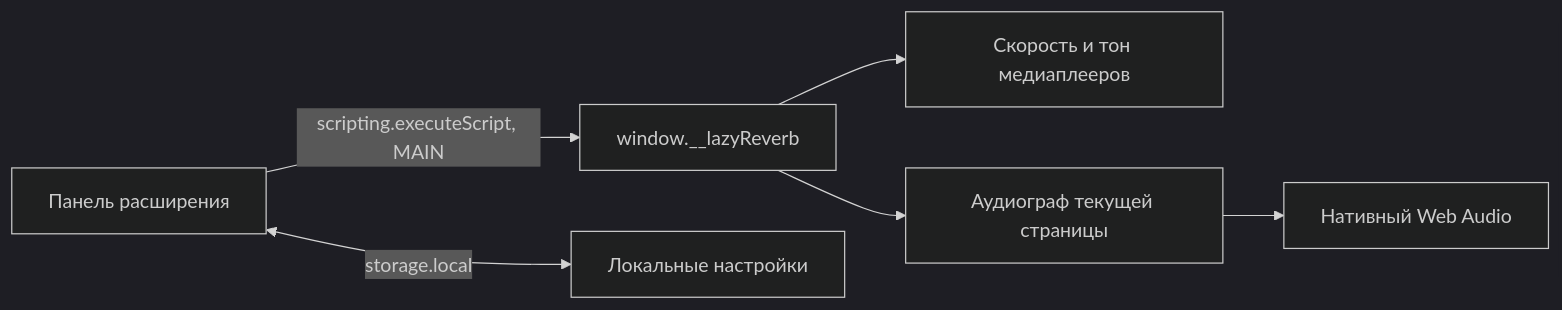
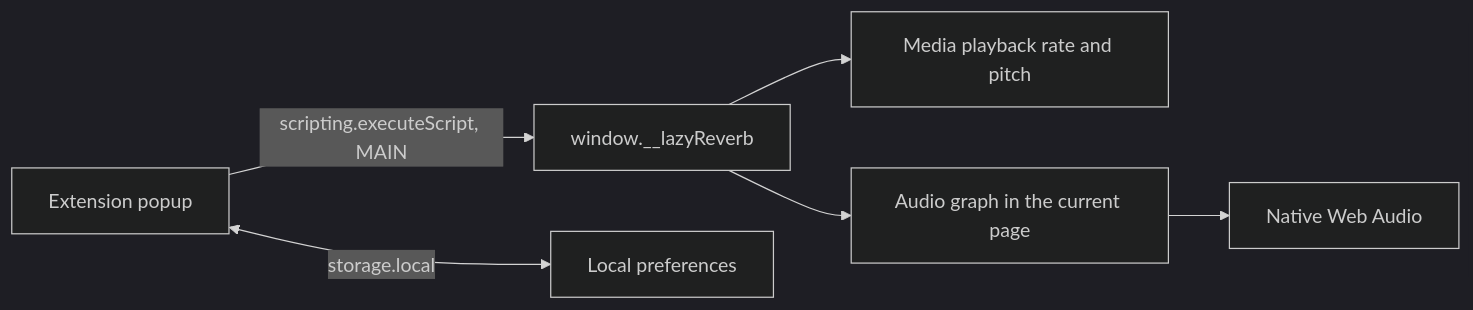
The first of 2 diagrams in ARCHITECTURE.md (notsecret808/lazy-reverb), drawn with Mermaid (dark theme) before and after one commit. The commit also changed other lines of this file and 31 other files, not shown here.

````diff
--- a/ARCHITECTURE.md
+++ b/ARCHITECTURE.md
@@ -5,8 +5,8 @@
 ```mermaid
 flowchart LR
-  UI[Панель расширения] -->|scripting.executeScript, MAIN| API[window.__lazyReverb]
-  UI <-->|storage.local| Preferences[Локальные настройки]
-  API --> Media[Скорость и тон медиаплееров]
-  API --> Rack[Аудиограф текущей страницы]
-  Rack --> Native[Нативный Web Audio]
+  UI[Extension popup] -->|scripting.executeScript, MAIN| API[window.__lazyReverb]
+  UI <-->|storage.local| Preferences[Local preferences]
+  API --> Media[Media playback rate and pitch]
+  API --> Rack[Audio graph in the current page]
+  Rack --> Native[Native Web Audio]
 ```
````
